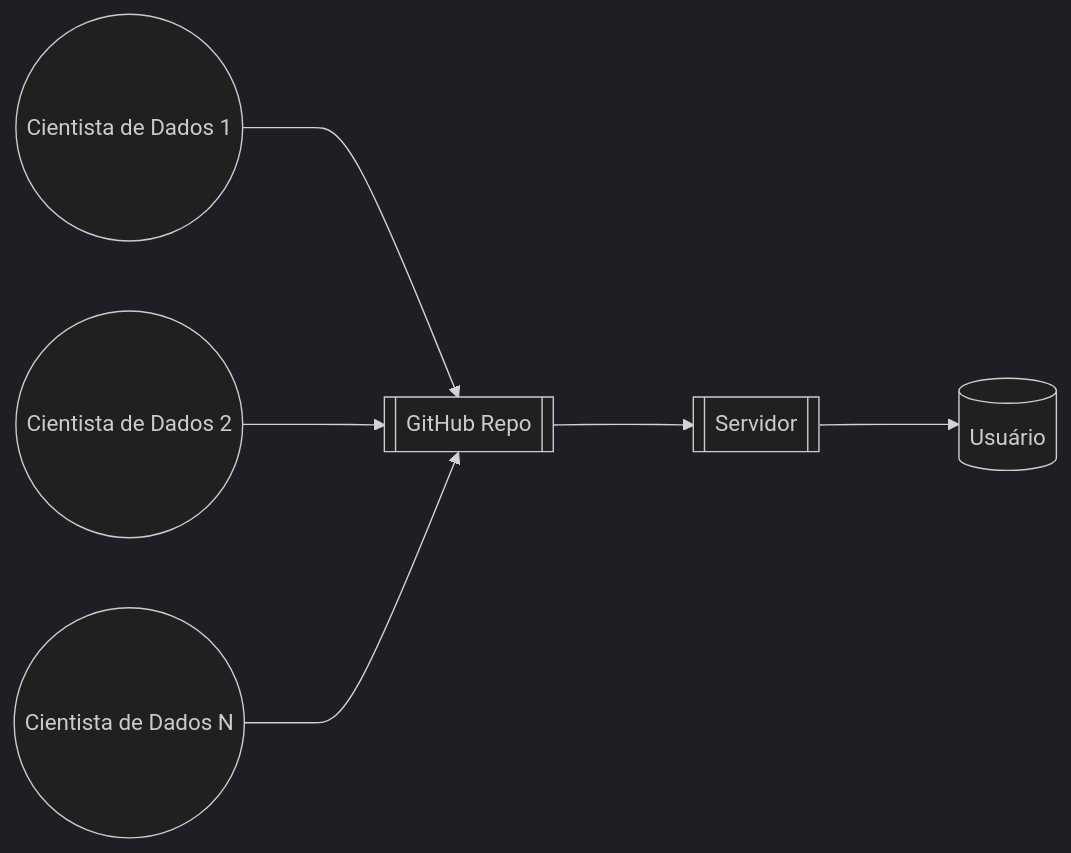
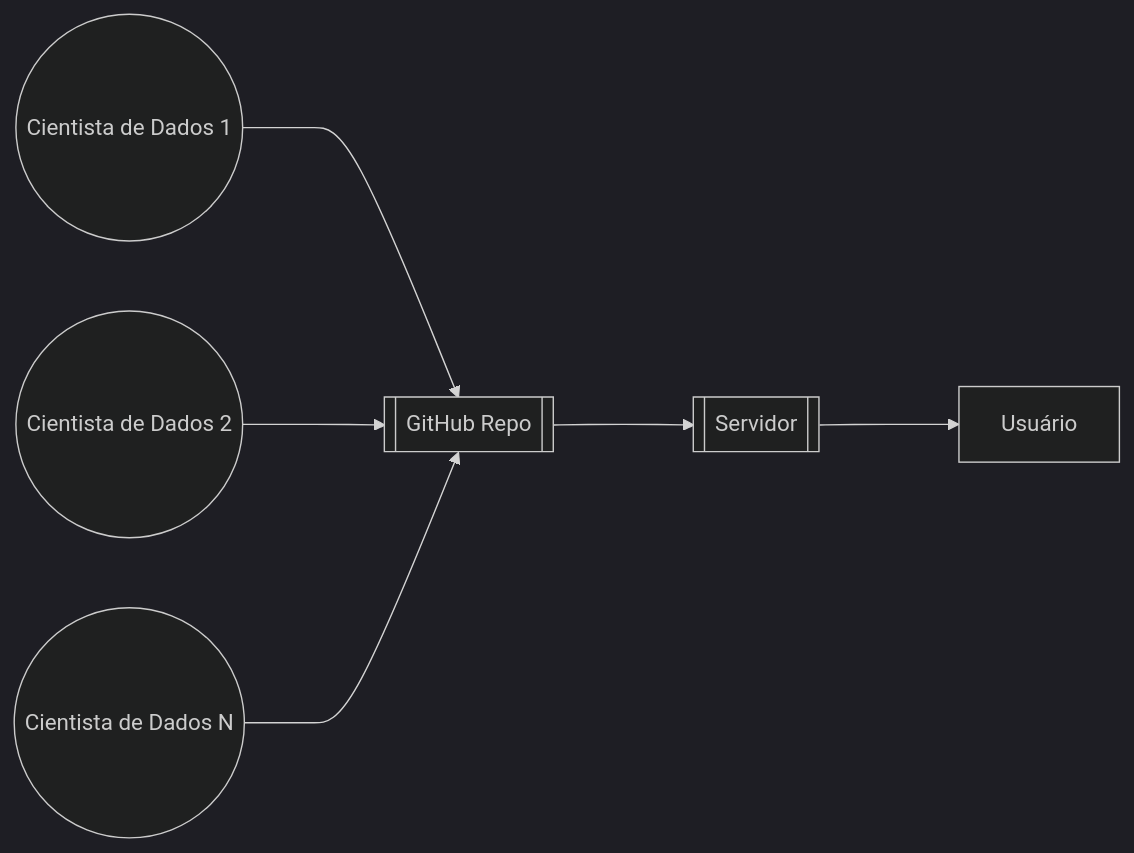
The fourth of 5 diagrams in README.md (danielscarvalho/md-graph), drawn with Mermaid (dark theme) before and after one commit.

````diff
--- a/README.md
+++ b/README.md
@@ -36,14 +36,14 @@
 ```mermaid
 flowchart LR
       C1((Cientista de Dados 1))
       C2((Cientista de Dados 2))
       CN((Cientista de Dados N))
       G[[GitHub Repo]]
       S[[Servidor]]
-      U[(Usuário)]
+      U[Usuário]
       C1--->G
       C2--->G
       CN--->G
       G--->S
       S--->U
 ```
````
